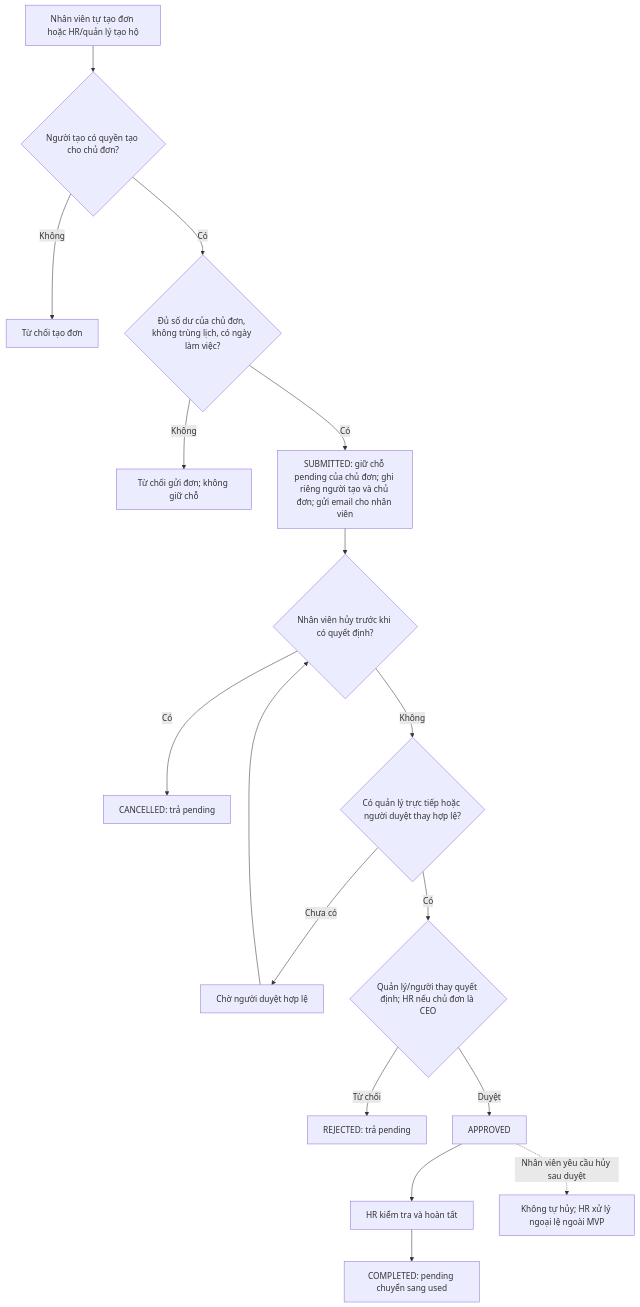
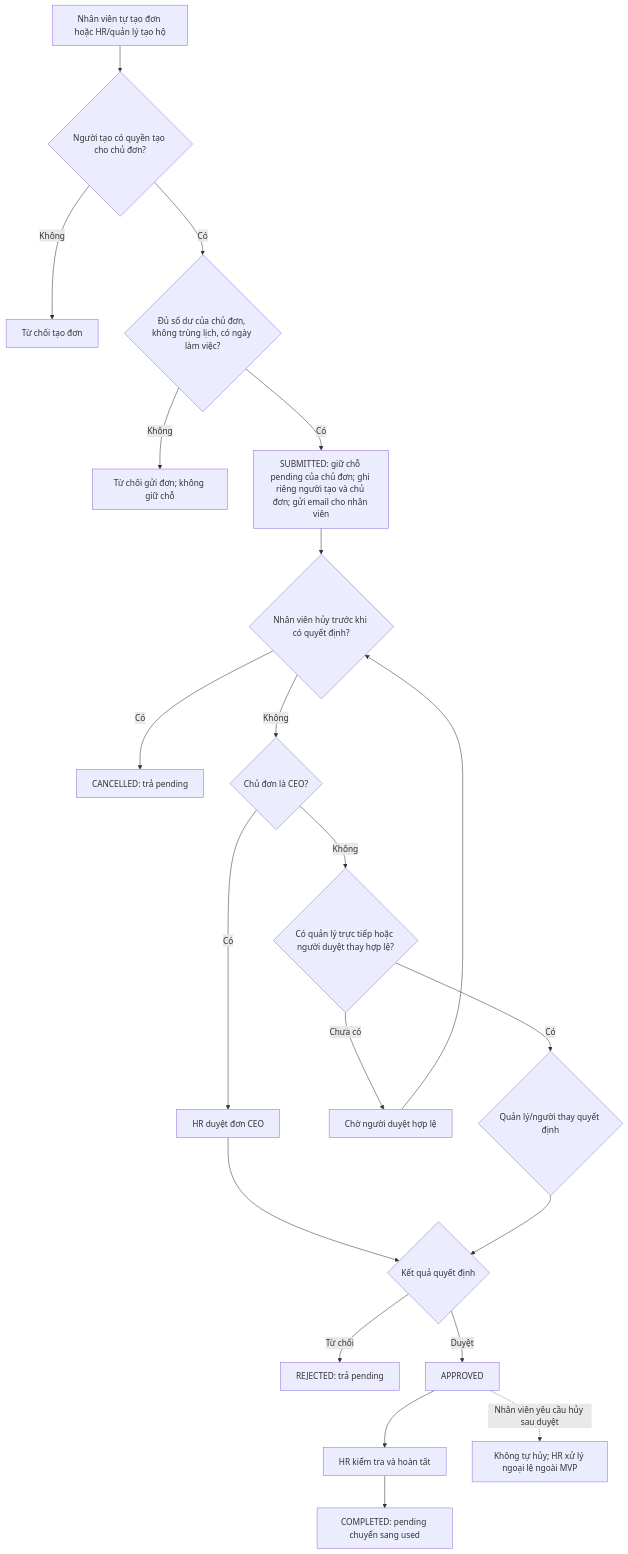
Before and after one commit to Acerchicken/HR-Enterprise-Platform: the diagram in docs/business/leave-rules.md, drawn with Mermaid.

Commit message:
docs(business): route CEO leave to HR approval
Add the CEO approval path before checking for a direct manager or delegate, so CEO leave does not end up waiting for a manager.

````diff
--- a/docs/business/leave-rules.md
+++ b/docs/business/leave-rules.md
@@ -26,19 +26,23 @@
 ```mermaid
 flowchart TD
     A[Nhân viên tự tạo đơn hoặc HR/quản lý tạo hộ] --> P{Người tạo có quyền tạo cho chủ đơn?}
     P -- Không --> X1[Từ chối tạo đơn]
     P -- Có --> B{Đủ số dư của chủ đơn, không trùng lịch, có ngày làm việc?}
     B -- Không --> X2[Từ chối gửi đơn; không giữ chỗ]
     B -- Có --> C[SUBMITTED: giữ chỗ pending của chủ đơn; ghi riêng người tạo và chủ đơn; gửi email cho nhân viên]
     C --> G{Nhân viên hủy trước khi có quyết định?}
-    G -- Có --> H[CANCELLED: trả pending]
-    G -- Không --> D{Có quản lý trực tiếp hoặc người duyệt thay hợp lệ?}
-    D -- Chưa có --> W[Chờ người duyệt hợp lệ]
+    G -- Có --> CXL[CANCELLED: trả pending]
+    G -- Không --> D{Chủ đơn là CEO?}
+    D -- Có --> E[HR duyệt đơn CEO]
+    D -- Không --> F{Có quản lý trực tiếp hoặc người duyệt thay hợp lệ?}
+    F -- Chưa có --> W[Chờ người duyệt hợp lệ]
     W --> G
-    D -- Có --> E{Quản lý/người thay quyết định; HR nếu chủ đơn là CEO}
-    E -- Từ chối --> R[REJECTED: trả pending]
-    E -- Duyệt --> F[APPROVED]
-    F --> I[HR kiểm tra và hoàn tất]
-    I --> J[COMPLETED: pending chuyển sang used]
-    F -. Nhân viên yêu cầu hủy sau duyệt .-> K[Không tự hủy; HR xử lý ngoại lệ ngoài MVP]
+    F -- Có --> MGR{Quản lý/người thay quyết định}
+    E --> I{Kết quả quyết định}
+    MGR --> I
+    I -- Từ chối --> R[REJECTED: trả pending]
+    I -- Duyệt --> J[APPROVED]
+    J --> L[HR kiểm tra và hoàn tất]
+    L --> M[COMPLETED: pending chuyển sang used]
+    J -. Nhân viên yêu cầu hủy sau duyệt .-> K[Không tự hủy; HR xử lý ngoại lệ ngoài MVP]
 ```
````
